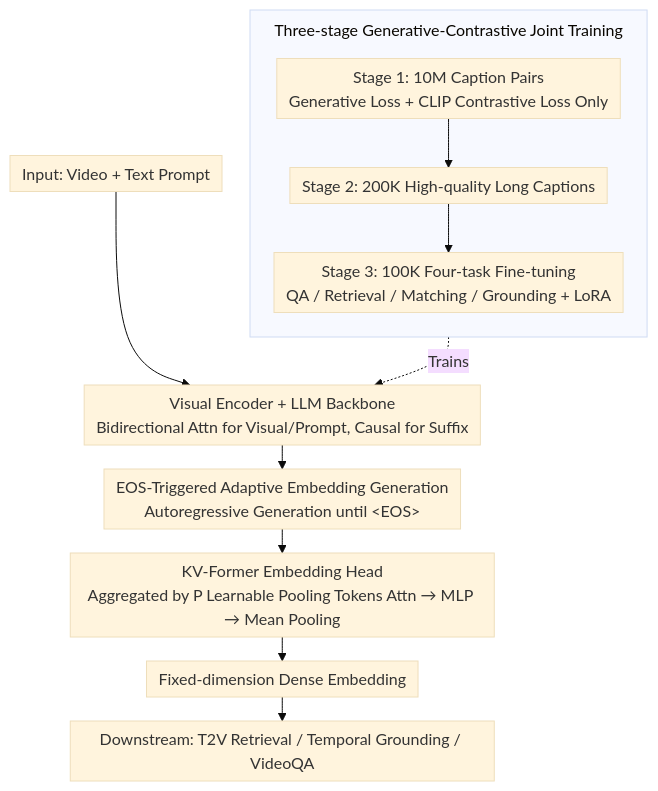
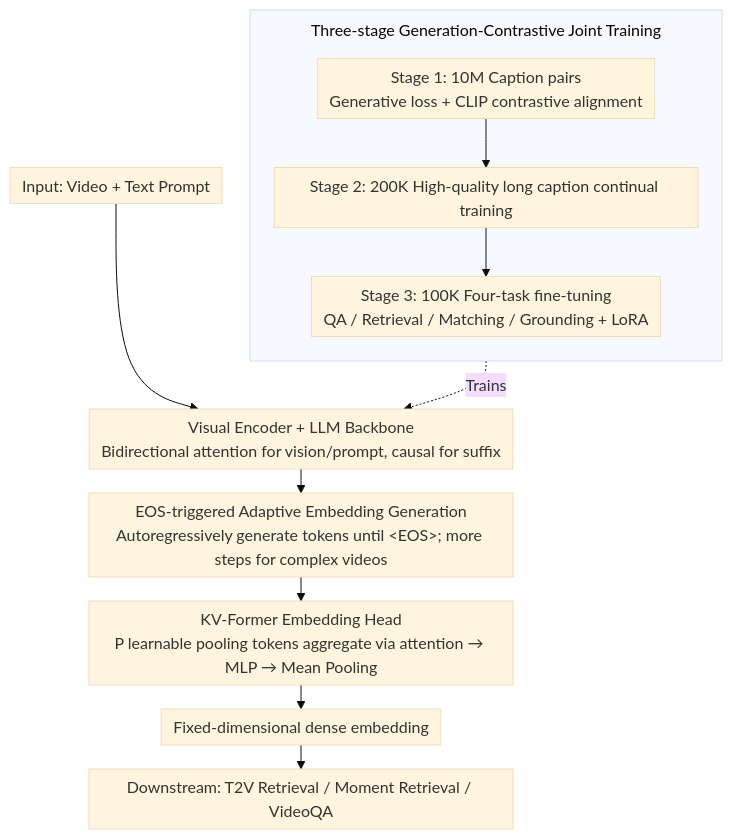
One commit to zhaoyang97/Paper-Notes-en changed the diagram in docs/ACL2026/multimodal_vlm/vill-e_video_llm_embeddings_for_retrieval.md. Above: the diagram before and after it, drawn with Mermaid (base theme). The commit also changed other lines of this file and 5084 other files, not shown here.

````diff
--- a/docs/ACL2026/multimodal_vlm/vill-e_video_llm_embeddings_for_retrieval.md
+++ b/docs/ACL2026/multimodal_vlm/vill-e_video_llm_embeddings_for_retrieval.md
@@ -42,15 +42,15 @@
 ```mermaid
 %%{init: {'flowchart': {'rankSpacing': 24, 'nodeSpacing': 28, 'padding': 6, 'wrappingWidth': 400, 'subGraphTitleMargin': {'top': 8, 'bottom': 16}}}}%%
 flowchart TD
-    A["Input: Video + Text Prompt"] --> B["Visual Encoder + LLM Backbone<br/>Bidirectional Attn for Visual/Prompt, Causal for Suffix"]
-    B --> C["EOS-Triggered Adaptive Embedding Generation<br/>Autoregressive Generation until &lt;EOS&gt;"]
-    C --> D["KV-Former Embedding Head<br/>Aggregated by P Learnable Pooling Tokens Attn → MLP → Mean Pooling"]
-    D --> E["Fixed-dimension Dense Embedding"]
-    E --> F["Downstream: T2V Retrieval / Temporal Grounding / VideoQA"]
-    subgraph TRAIN["Three-stage Generative-Contrastive Joint Training"]
+    A["Input: Video + Text Prompt"] --> B["Visual Encoder + LLM Backbone<br/>Bidirectional attention for vision/prompt, causal for suffix"]
+    B --> C["EOS-triggered Adaptive Embedding Generation<br/>Autoregressively generate tokens until &lt;EOS&gt;; more steps for complex videos"]
+    C --> D["KV-Former Embedding Head<br/>P learnable pooling tokens aggregate via attention → MLP → Mean Pooling"]
+    D --> E["Fixed-dimensional dense embedding"]
+    E --> F["Downstream: T2V Retrieval / Moment Retrieval / VideoQA"]
+    subgraph TRAIN["Three-stage Generation-Contrastive Joint Training"]
         direction TB
-        T1["Stage 1: 10M Caption Pairs<br/>Generative Loss + CLIP Contrastive Loss Only"] --> T2["Stage 2: 200K High-quality Long Captions"]
-        T2 --> T3["Stage 3: 100K Four-task Fine-tuning<br/>QA / Retrieval / Matching / Grounding + LoRA"]
+        T1["Stage 1: 10M Caption pairs<br/>Generative loss + CLIP contrastive alignment"] --> T2["Stage 2: 200K High-quality long caption continual training"]
+        T2 --> T3["Stage 3: 100K Four-task fine-tuning<br/>QA / Retrieval / Matching / Grounding + LoRA"]
     end
     TRAIN -.Trains.-> B
 ```
````
